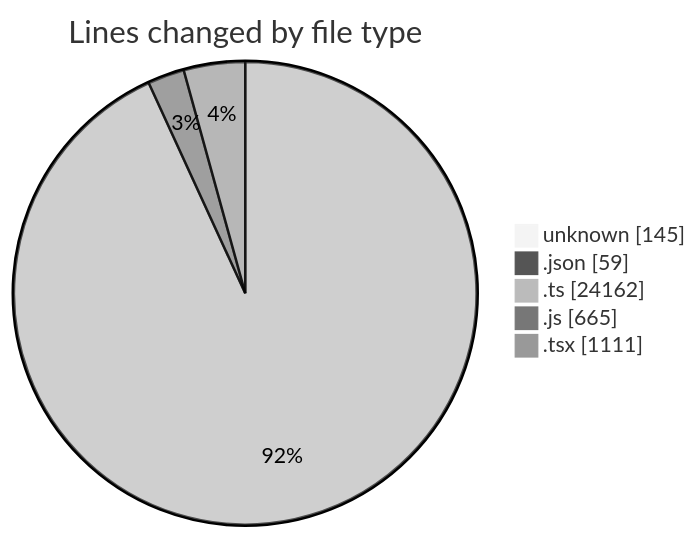
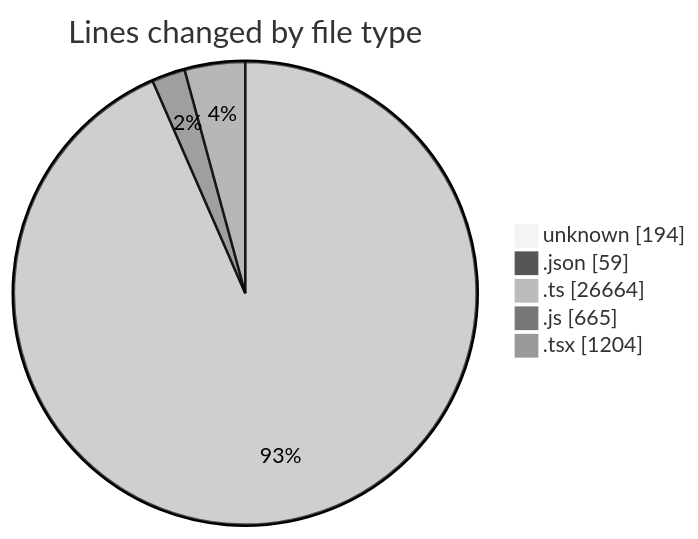
One commit to momahboobian/code-tracking changed the first of 2 diagrams in 2025-11-13/cda/README.md. Above: the diagram before and after it, drawn with Mermaid (neutral theme). The commit also changed other lines of this file and 1 other file, not shown here.

````diff
--- a/2025-11-13/cda/README.md
+++ b/2025-11-13/cda/README.md
@@ -31,9 +33,9 @@
 ```mermaid
 pie showData
 title Lines changed by file type
-"unknown" : 145
+"unknown" : 194
 ".json" : 59
-".ts" : 24162
+".ts" : 26664
 ".js" : 665
-".tsx" : 1111
+".tsx" : 1204
 ```
````
